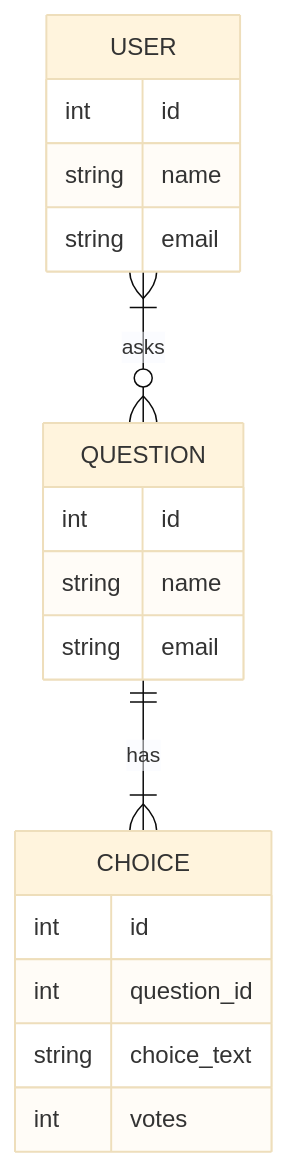
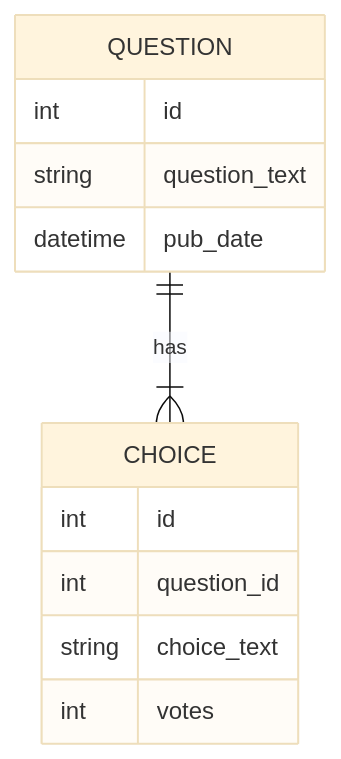
One commit to jakeinab0x/dj4e changed the first of 2 diagrams in mysite/polls/polls_db_design.md. Above: the diagram before and after it, drawn with Mermaid (base theme). The commit also changed other lines of this file, not shown here.

````diff
--- a/mysite/polls/polls_db_design.md
+++ b/mysite/polls/polls_db_design.md
@@ -3,21 +3,15 @@
 ```mermaid
     erDiagram
-    USER }|--O{ QUESTION : asks
-    USER {
-        int id
-        string name
-        string email
-    }
     QUESTION ||--|{ CHOICE : has
     QUESTION {
         int id
-        string name
-        string email
+        string question_text
+        datetime pub_date
     }
     CHOICE {
         int id
         int question_id
         string choice_text
         int votes
     }
 ```
````
